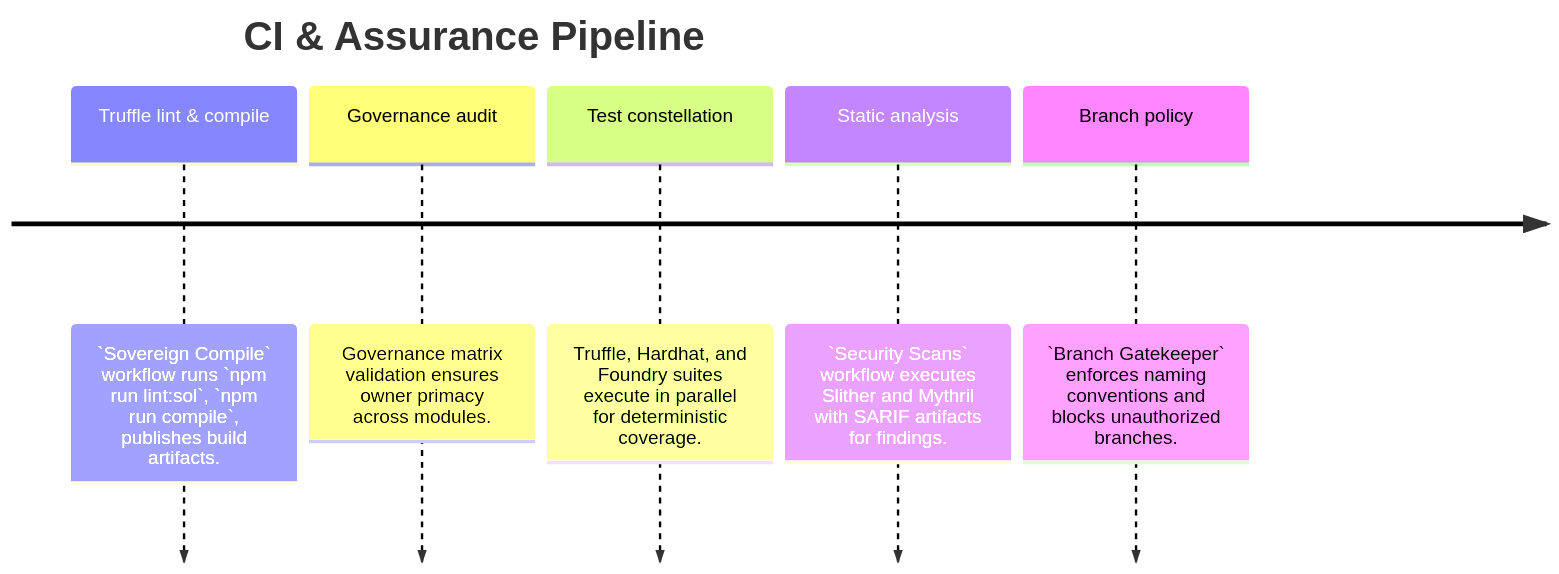
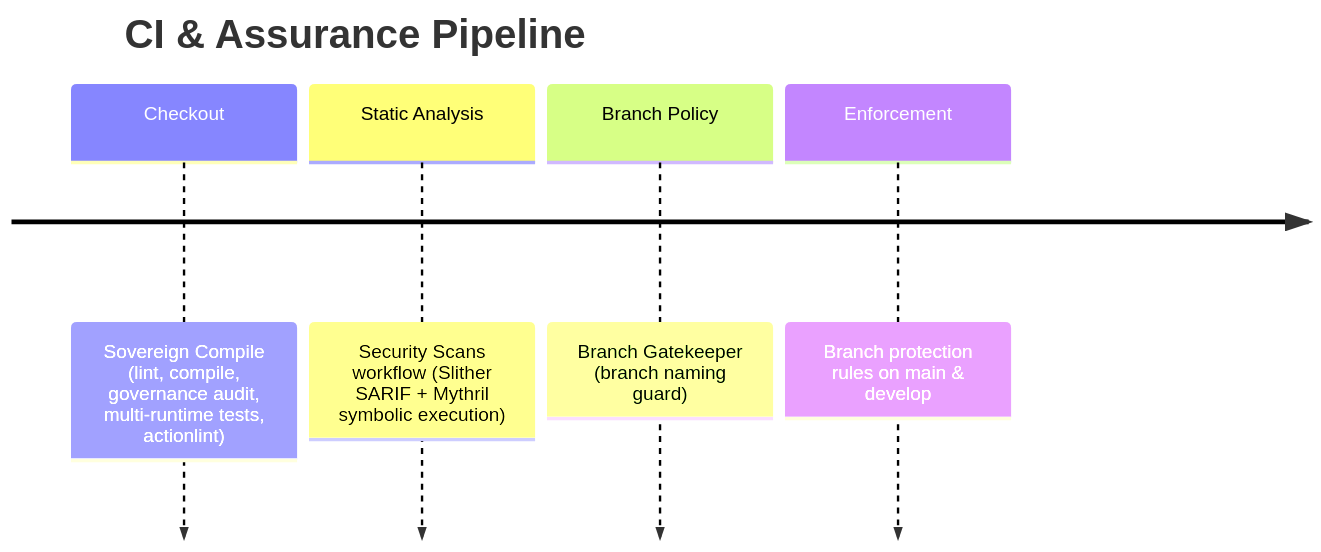
One commit to MontrealAI/agijobs-sovereign-labor-v0p1 changed the fourth of 5 diagrams in README.md. Above: the diagram before and after it, drawn with Mermaid. The commit also changed other lines of this file, not shown here.

Commit message:
docs: refresh sovereign README

````diff
--- a/README.md
+++ b/README.md
@@ -222,9 +205,8 @@
 ```mermaid
 timeline
     title CI & Assurance Pipeline
-    Truffle lint & compile : `Sovereign Compile` workflow runs `npm run lint:sol`, `npm run compile`, publishes build artifacts.
-    Governance audit : Governance matrix validation ensures owner primacy across modules.
-    Test constellation : Truffle, Hardhat, and Foundry suites execute in parallel for deterministic coverage.
-    Static analysis : `Security Scans` workflow executes Slither and Mythril with SARIF artifacts for findings.
-    Branch policy : `Branch Gatekeeper` enforces naming conventions and blocks unauthorized branches.
+    Checkout : Sovereign Compile (lint, compile, governance audit, multi-runtime tests, actionlint)
+    Static Analysis : Security Scans workflow (Slither SARIF + Mythril symbolic execution)
+    Branch Policy : Branch Gatekeeper (branch naming guard)
+    Enforcement : Branch protection rules on main & develop
 ```
````
